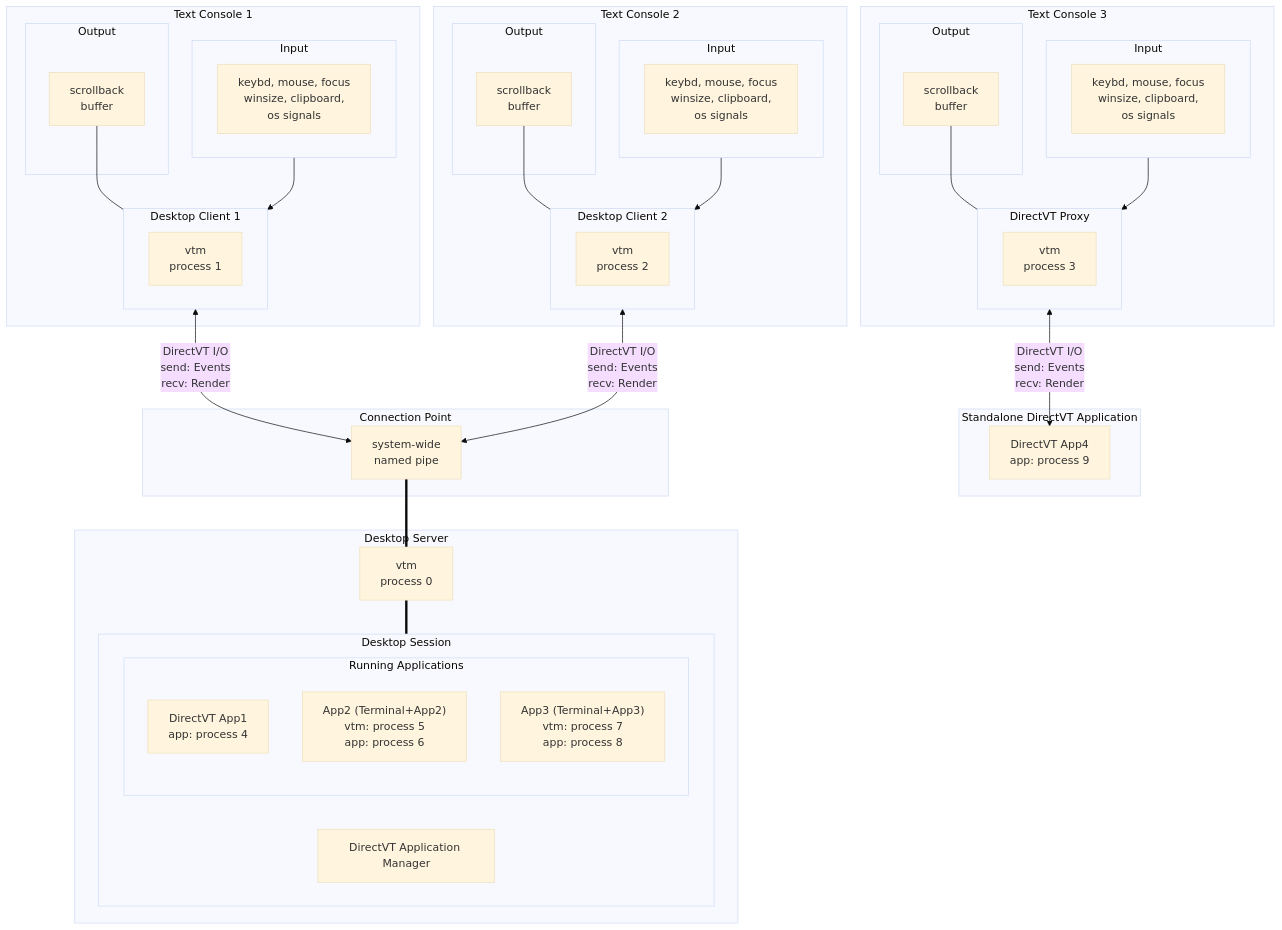
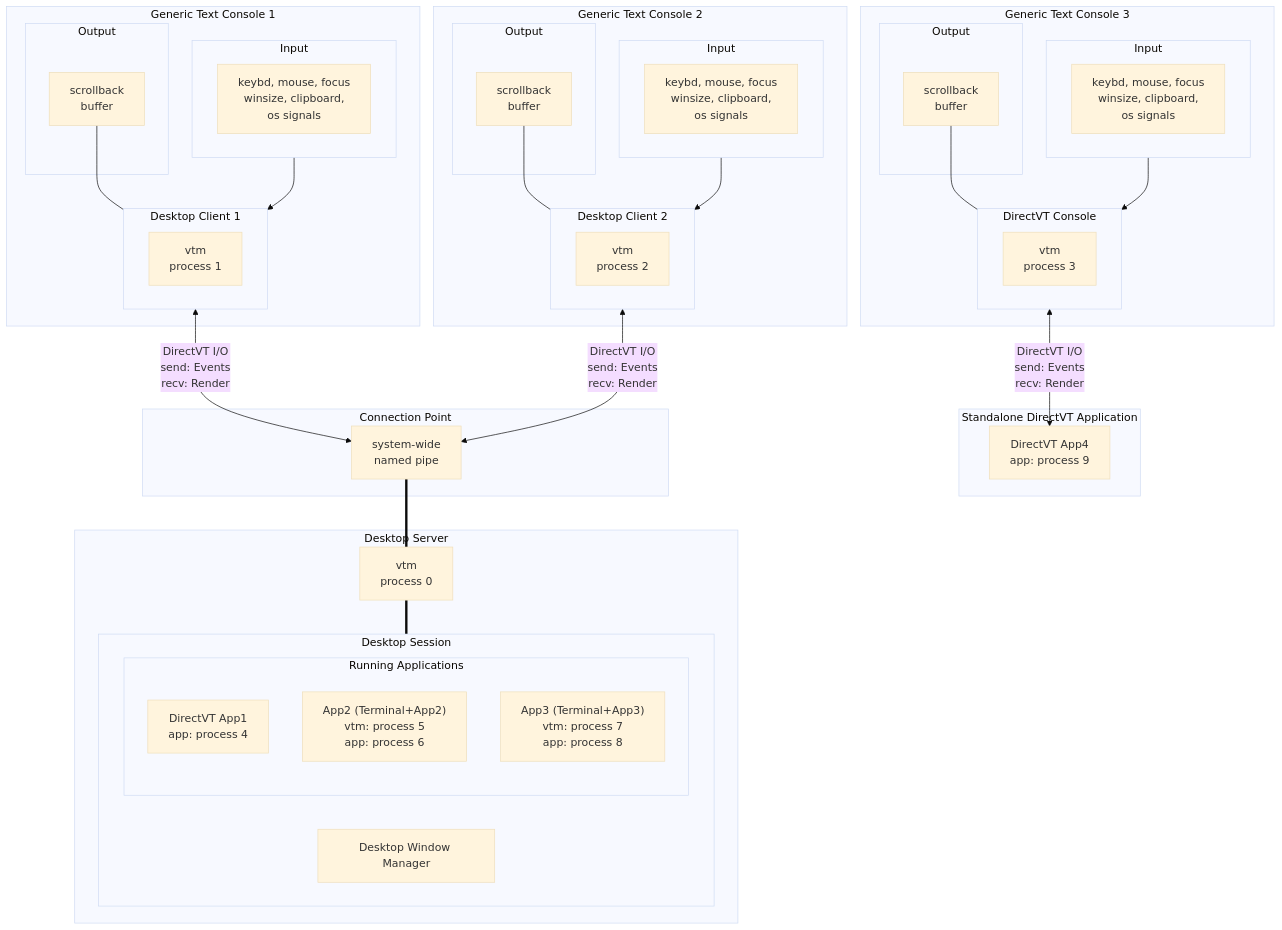
One commit to directvt/vtm changed the diagram in doc/architecture.md. Above: the diagram before and after it, drawn with Mermaid (base theme).

````diff
--- a/doc/architecture.md
+++ b/doc/architecture.md
@@ -5,72 +5,72 @@
 ```mermaid
 graph TB
-    subgraph IE10[Text Console 1]
+    subgraph IE10[Generic Text Console 1]
         subgraph IE1[Input]
             direction LR
             C1[keybd, mouse, focus\nwinsize, clipboard,\nos signals]
         end
         subgraph OU1[Output]
             TC1[scrollback\nbuffer]
         end
         subgraph CS1[Desktop Client 1]
             VTM1[vtm\nprocess 1]
         end
         C1 --> CS1
         TC1 --- CS1
     end
 
-    subgraph IE20[Text Console 2]
+    subgraph IE20[Generic Text Console 2]
         subgraph IE2[Input]
             direction LR
             C2[keybd, mouse, focus\nwinsize, clipboard,\nos signals]
         end
         subgraph OU2[Output]
             TC2[scrollback\nbuffer]
         end
         subgraph CS2[Desktop Client 2]
             VTM2[vtm\nprocess 2]
         end
         C2 --> CS2
         TC2 --- CS2
     end
 
-    subgraph IE30[Text Console 3]
+    subgraph IE30[Generic Text Console 3]
         subgraph IE3[Input]
             direction LR
             C3[keybd, mouse, focus\nwinsize, clipboard,\nos signals]
         end
         subgraph OU3[Output]
             TC3[scrollback\nbuffer]
         end
-        subgraph CS3[DirectVT Proxy]
+        subgraph CS3[DirectVT Console]
             VTM3[vtm\nprocess 3]
         end
         C3 --> CS3
         TC3 --- CS3
     end
     subgraph APP0x[Standalone DirectVT Application]
         APP01[DirectVT App4\napp: process 9]
     end
     CS3 <-->|DirectVT I/O\nsend: Events\nrecv: Render| APP01
 
     subgraph NP[Connection Point]
         TS["system-wide\nnamed pipe"]
     end
 
     subgraph SS[Desktop Server]
         VTMs[vtm\nprocess 0]
         subgraph SE[Desktop Session]
-            DS1["DirectVT Application Manager"]
+            DS1["Desktop Window Manager"]
             subgraph APPx[Running Applications]
                 APP1[DirectVT App1\napp: process 4]
                 APP2["App2 (Terminal+App2)\nvtm: process 5\napp: process 6"]
                 APP3["App3 (Terminal+App3)\nvtm: process 7\napp: process 8"]
             end
         end
         VTMs === SE
    end
 
     CS1 <-->|DirectVT I/O\nsend: Events\nrecv: Render| TS
     CS2 <-->|DirectVT I/O\nsend: Events\nrecv: Render| TS
     TS === VTMs
 ```
````
